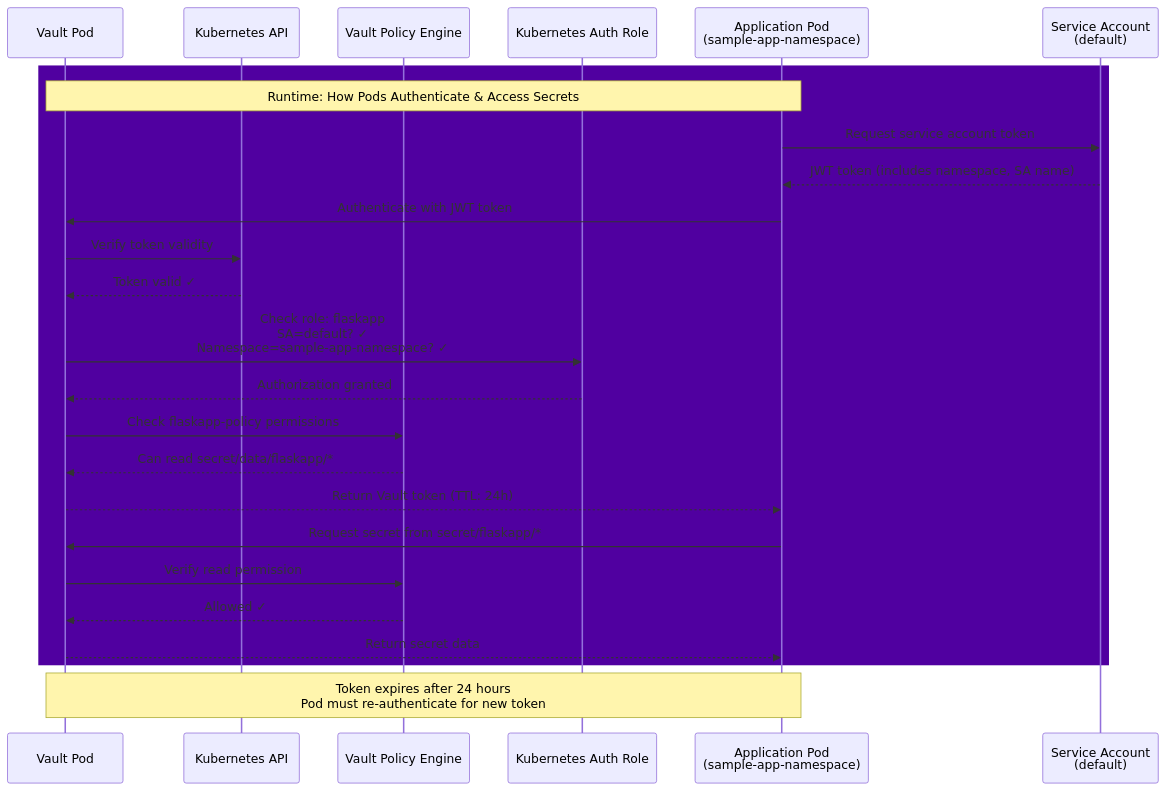
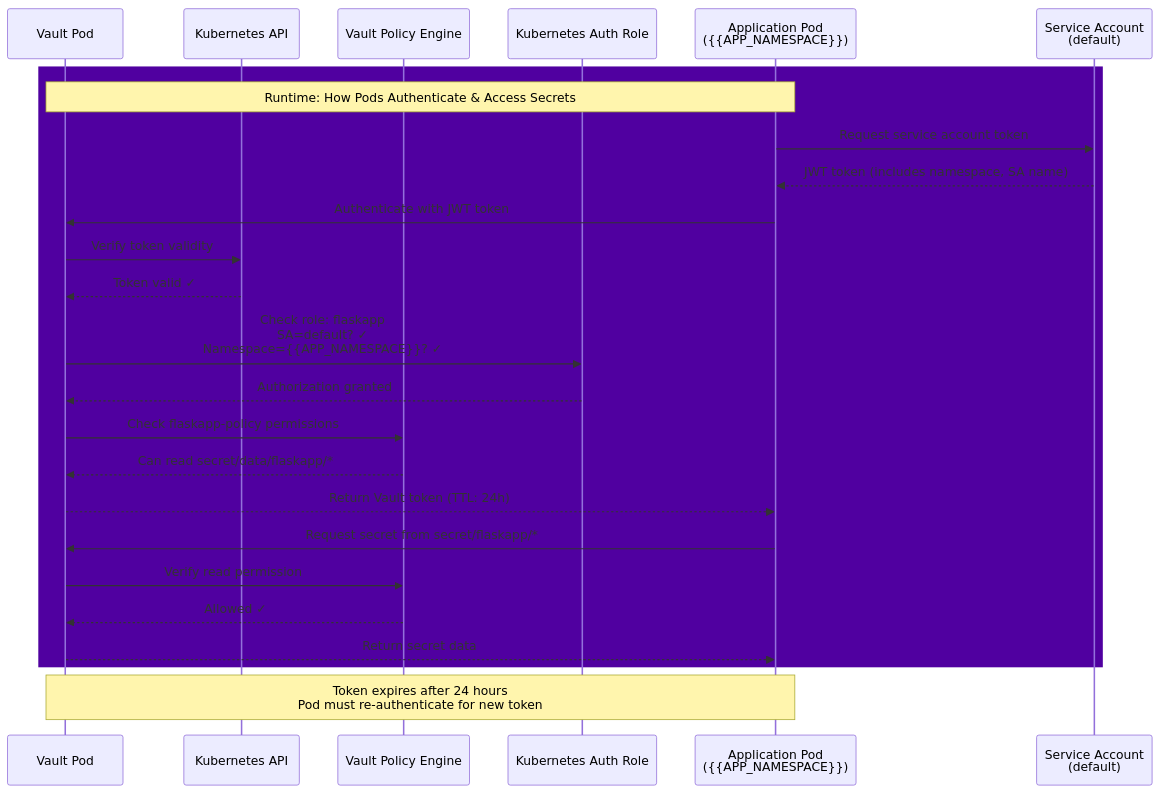
One commit to omeyazic/gitops-1 changed the diagram in docs/gitops-pipeline-runbook-master.md. Above: the diagram before and after it, drawn with Mermaid. The commit also changed other lines of this file, not shown here.

First line of the commit message:
Parameterize application namespace in documentation

````diff
--- a/docs/gitops-pipeline-runbook-master.md
+++ b/docs/gitops-pipeline-runbook-master.md
@@ -2107,32 +2107,32 @@
 ```mermaid
 sequenceDiagram
    
     participant Vault as Vault Pod
     participant K8sAPI as Kubernetes API
     participant Policy as Vault Policy Engine
     participant Role as Kubernetes Auth Role
-    participant Pod as Application Pod<br/>(sample-app-namespace)
+    participant Pod as Application Pod<br/>({{APP_NAMESPACE}})
     participant SA as Service Account<br/>(default)
 
 
     rect rgb(80, 0, 160)
         Note over Pod,Vault: Runtime: How Pods Authenticate & Access Secrets
         Pod->>SA: Request service account token
         SA-->>Pod: JWT token (includes namespace, SA name)
         Pod->>Vault: Authenticate with JWT token
         Vault->>K8sAPI: Verify token validity
         K8sAPI-->>Vault: Token valid ✓
-        Vault->>Role: Check role: flaskapp<br/>SA=default? ✓<br/>Namespace=sample-app-namespace? ✓
+        Vault->>Role: Check role: flaskapp<br/>SA=default? ✓<br/>Namespace={{APP_NAMESPACE}}? ✓
         Role-->>Vault: Authorization granted
         Vault->>Policy: Check flaskapp-policy permissions
         Policy-->>Vault: Can read secret/data/flaskapp/*
         Vault-->>Pod: Return Vault token (TTL: 24h)
         Pod->>Vault: Request secret from secret/flaskapp/*
         Vault->>Policy: Verify read permission
         Policy-->>Vault: Allowed ✓
         Vault-->>Pod: Return secret data
     end
 
     Note over Pod,Vault: Token expires after 24 hours<br/>Pod must re-authenticate for new token
 
 ```
````
